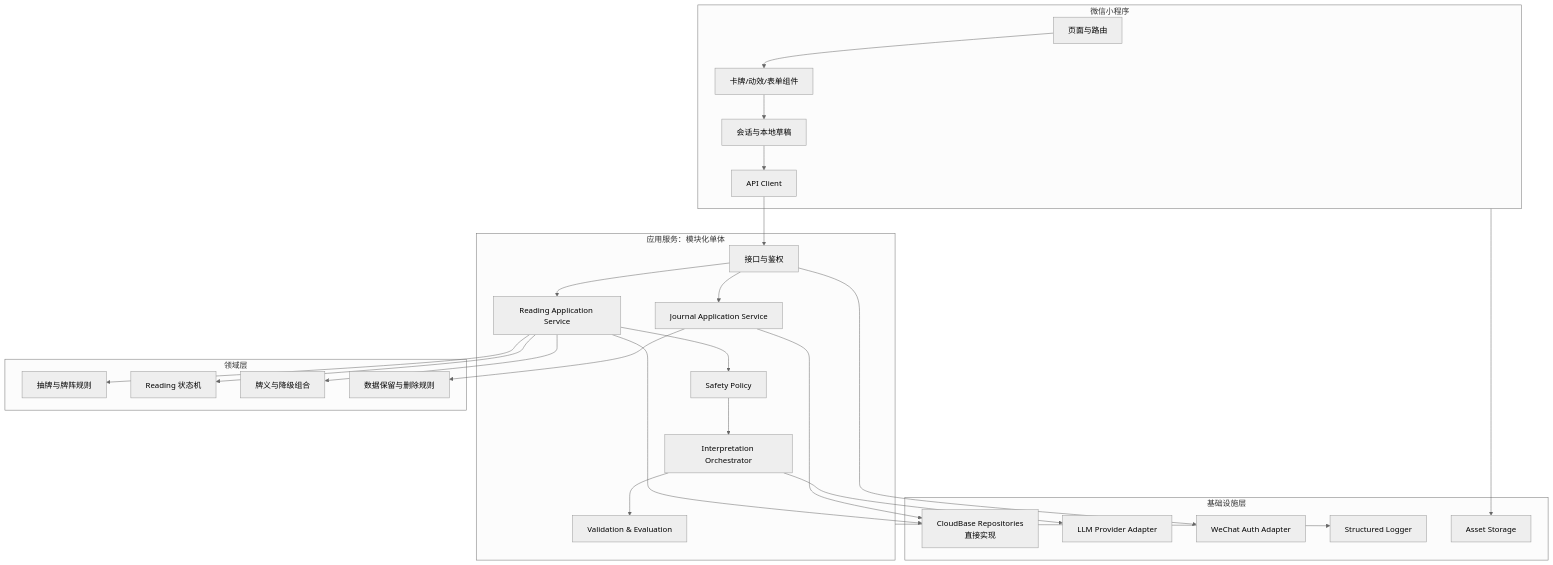
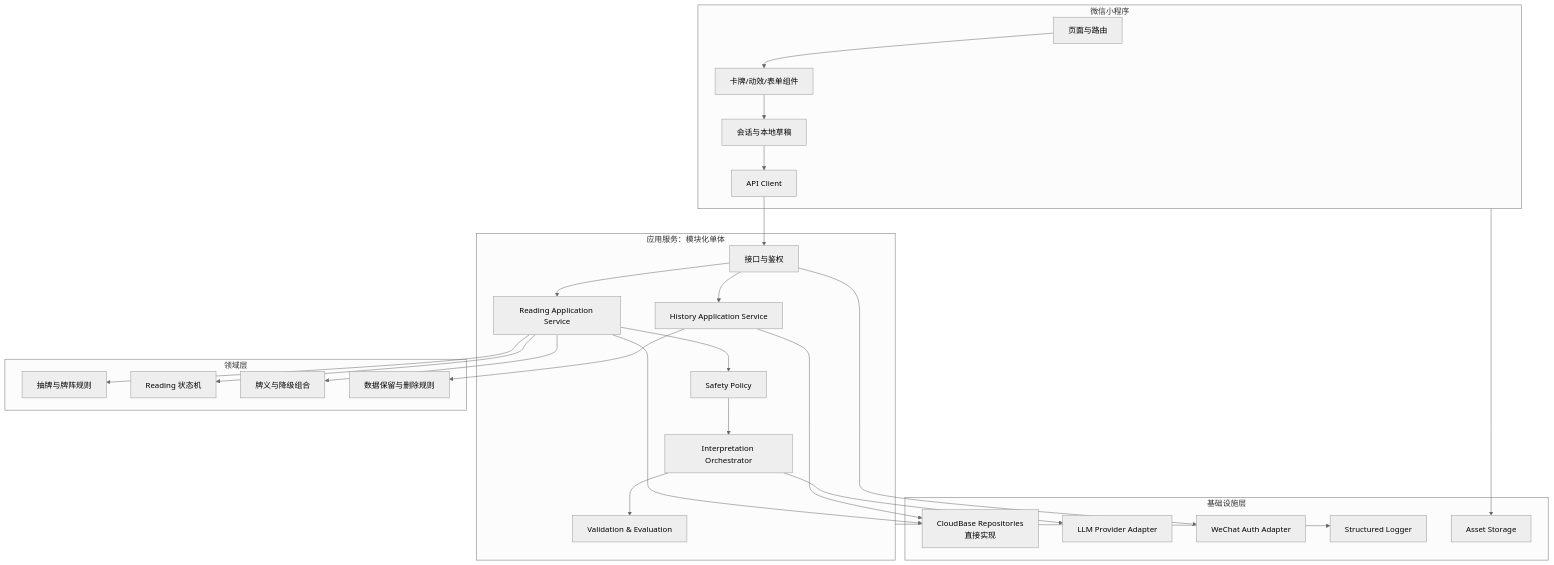
One commit to chenzhiyong1994/arcana-mirror changed the second of 3 diagrams in docs/product/03-technical-architecture.md. Above: the diagram before and after it, drawn with Mermaid (neutral theme). The commit also changed other lines of this file and 56 other files, not shown here.

````diff
--- a/docs/product/03-technical-architecture.md
+++ b/docs/product/03-technical-architecture.md
@@ -64,45 +66,45 @@
 ```mermaid
 graph TB
     subgraph Client[微信小程序]
         Pages[页面与路由]
         Components[卡牌/动效/表单组件]
         ClientStore[会话与本地草稿]
         ApiClient[API Client]
     end
 
     subgraph Application[应用服务：模块化单体]
         Controller[接口与鉴权]
         ReadingSvc[Reading Application Service]
-        JournalSvc[Journal Application Service]
+        HistorySvc[History Application Service]
         SafetySvc[Safety Policy]
         InterpretSvc[Interpretation Orchestrator]
         EvalSvc[Validation & Evaluation]
     end
 
     subgraph Domain[领域层]
         DrawDomain[抽牌与牌阵规则]
         ReadingDomain[Reading 状态机]
         ContentDomain[牌义与降级组合]
         PrivacyDomain[数据保留与删除规则]
     end
 
     subgraph Infra[基础设施层]
         Repo[CloudBase Repositories<br/>直接实现]
         LLMAdapter[LLM Provider Adapter]
         AuthAdapter[WeChat Auth Adapter]
         Logger[Structured Logger]
         Asset[Asset Storage]
     end
 
     Pages --> Components --> ClientStore --> ApiClient
     ApiClient --> Controller
-    Controller --> ReadingSvc & JournalSvc
+    Controller --> ReadingSvc & HistorySvc
     ReadingSvc --> SafetySvc --> InterpretSvc --> EvalSvc
     ReadingSvc --> DrawDomain & ReadingDomain & ContentDomain
-    JournalSvc --> PrivacyDomain
-    ReadingSvc & JournalSvc --> Repo
+    HistorySvc --> PrivacyDomain
+    ReadingSvc & HistorySvc --> Repo
     InterpretSvc --> LLMAdapter
     Controller --> AuthAdapter
     Application --> Logger
     Client --> Asset
 ```
````
